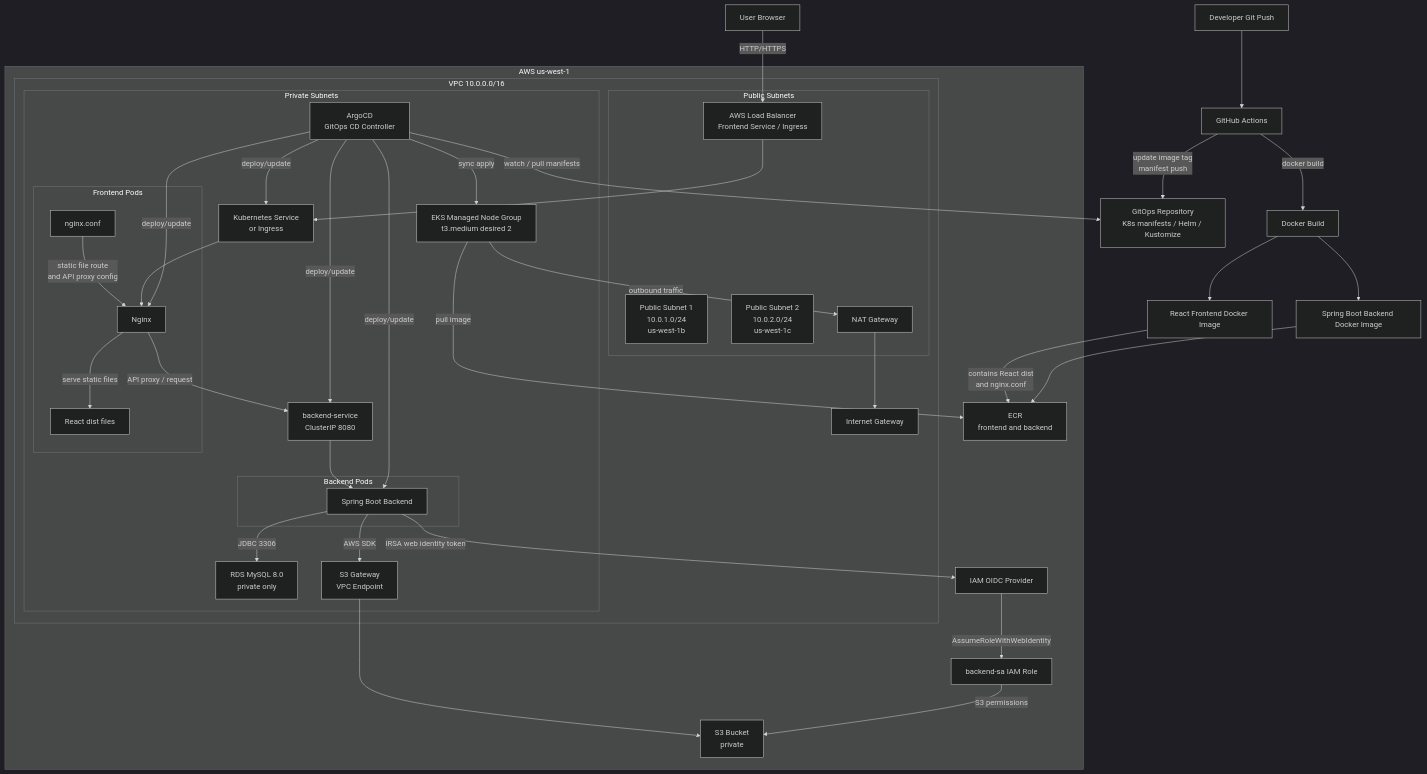
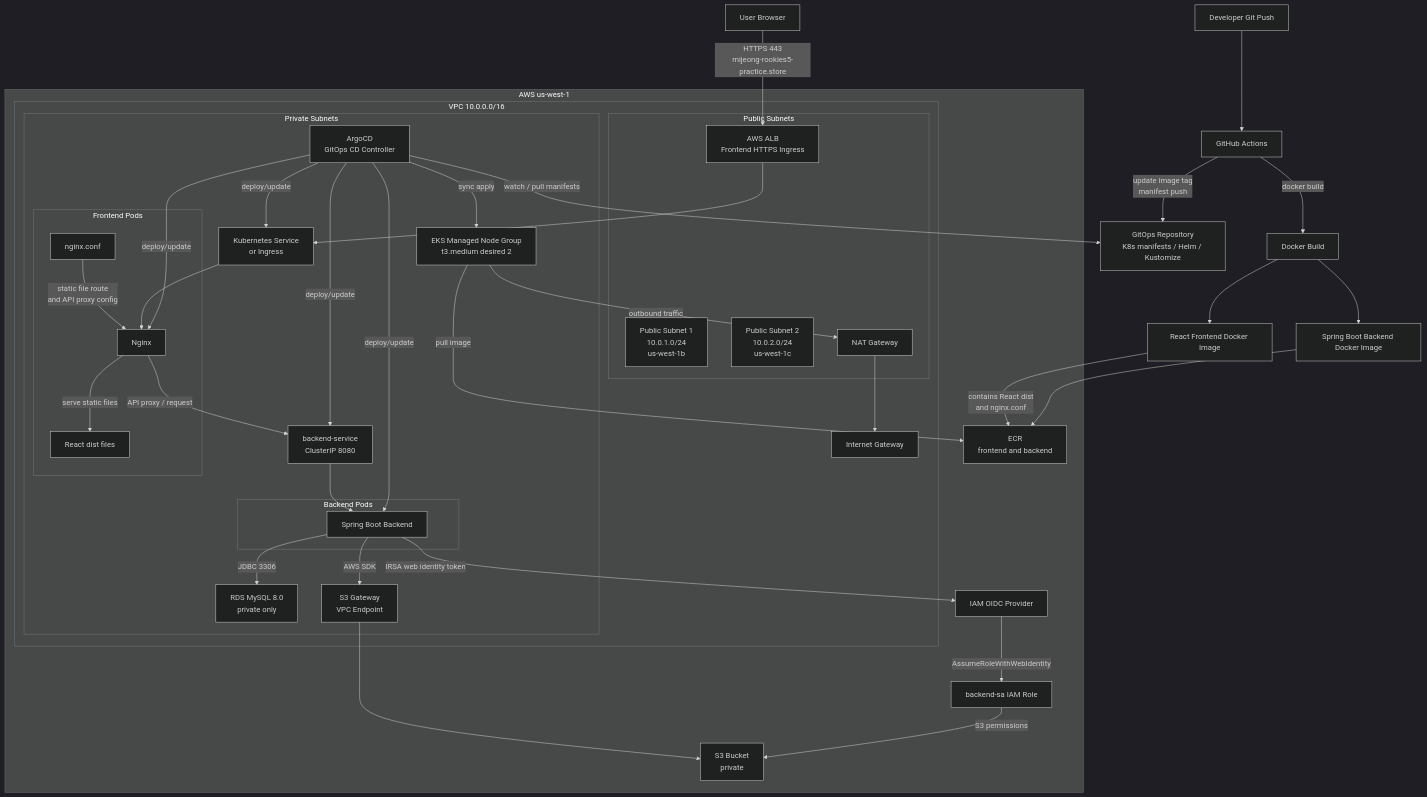
The first of 2 diagrams in README.md (mmije0ng/Rookies_Terraform-k8s-infra), drawn with Mermaid (dark theme) before and after one commit. The commit also changed other lines of this file, not shown here.

First line of the commit message:
docs: document HTTPS ingress and project structure

````diff
--- a/README.md
+++ b/README.md
@@ -76,81 +78,81 @@
 ```mermaid
 flowchart TB
     users["User Browser"]
 
     dev["Developer Git Push"]
     gh["GitHub Actions"]
     repo["GitOps Repository<br/>K8s manifests / Helm / Kustomize"]
 
     subgraph aws["AWS us-west-1"]
         subgraph vpc["VPC 10.0.0.0/16"]
             igw["Internet Gateway"]
 
             subgraph publicSubnets["Public Subnets"]
                 pub1["Public Subnet 1<br/>10.0.1.0/24<br/>us-west-1b"]
                 pub2["Public Subnet 2<br/>10.0.2.0/24<br/>us-west-1c"]
                 nat["NAT Gateway"]
-                lb["AWS Load Balancer<br/>Frontend Service / Ingress"]
+                lb["AWS ALB<br/>Frontend HTTPS Ingress"]
             end
 
             subgraph privateSubnets["Private Subnets"]
                 nodes["EKS Managed Node Group<br/>t3.medium desired 2"]
                 argocd["ArgoCD<br/>GitOps CD Controller"]
                 svc["Kubernetes Service<br/>or Ingress"]
                 besvc["backend-service<br/>ClusterIP 8080"]
 
                 subgraph frontendPod["Frontend Pods"]
                     nginx["Nginx"]
                     dist["React dist files"]
                     nginxConf["nginx.conf"]
                     nginx -->|"serve static files"| dist
                     nginxConf -->|"static file route<br/>and API proxy config"| nginx
                 end
 
                 subgraph backendPod["Backend Pods"]
                     backend["Spring Boot Backend"]
                 end
 
                 rds["RDS MySQL 8.0<br/>private only"]
                 s3vpce["S3 Gateway<br/>VPC Endpoint"]
             end
         end
 
         ecr["ECR<br/>frontend and backend"]
         s3["S3 Bucket<br/>private"]
         oidc["IAM OIDC Provider"]
         role["backend-sa IAM Role"]
     end
 
-    users -->|"HTTP/HTTPS"| lb
+    users -->|"HTTPS 443<br/>mijeong-rookies5-practice.store"| lb
     lb --> svc
     svc --> nginx
     nginx -->|"API proxy / request"| besvc
     besvc --> backend
 
     backend -->|"JDBC 3306"| rds
     backend -->|"AWS SDK"| s3vpce
     s3vpce --> s3
 
     backend -->|"IRSA web identity token"| oidc
     oidc -->|"AssumeRoleWithWebIdentity"| role
     role -->|"S3 permissions"| s3
 
     dev --> gh
     gh -->|"docker build"| build["Docker Build"]
     build --> frontendImage["React Frontend Docker Image"]
     build --> backendImage["Spring Boot Backend Docker Image"]
     frontendImage -->|"contains React dist<br/>and nginx.conf"| ecr
     backendImage --> ecr
 
     gh -->|"update image tag<br/>manifest push"| repo
     argocd -->|"watch / pull manifests"| repo
     argocd -->|"sync apply"| nodes
     argocd -->|"deploy/update"| svc
     argocd -->|"deploy/update"| nginx
     argocd -->|"deploy/update"| backend
     argocd -->|"deploy/update"| besvc
 
     nodes -->|"pull image"| ecr
     nodes -->|"outbound traffic"| nat
     nat --> igw
 ```
````
